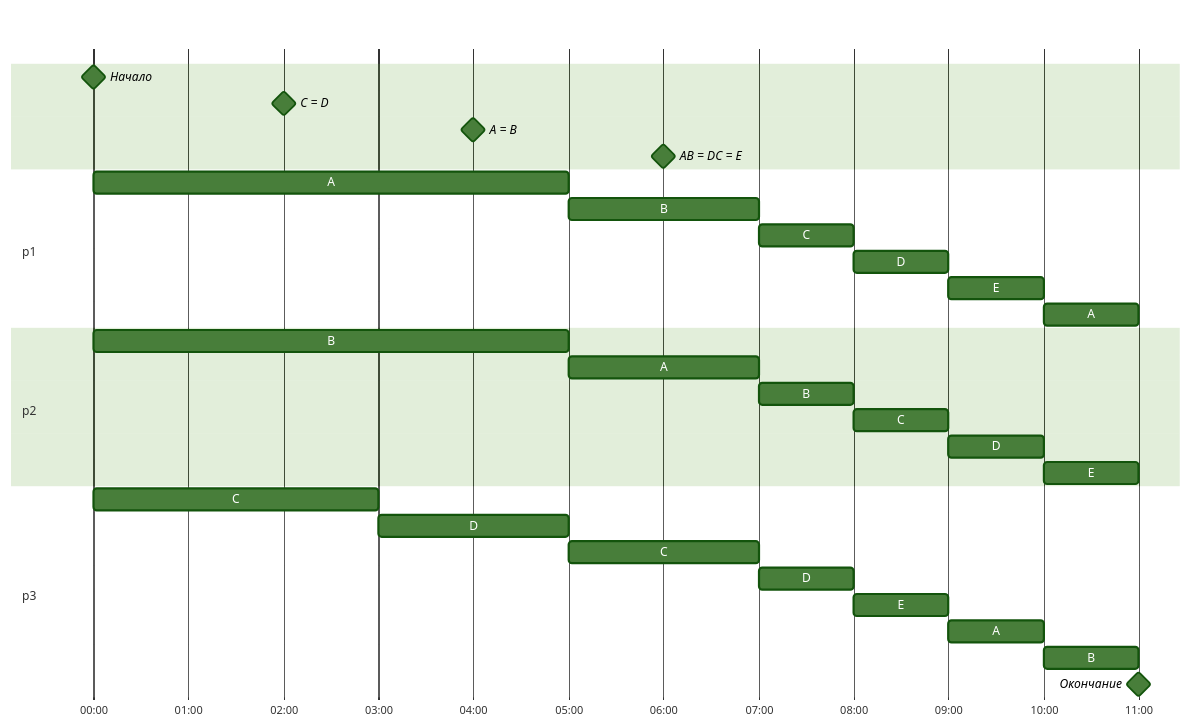
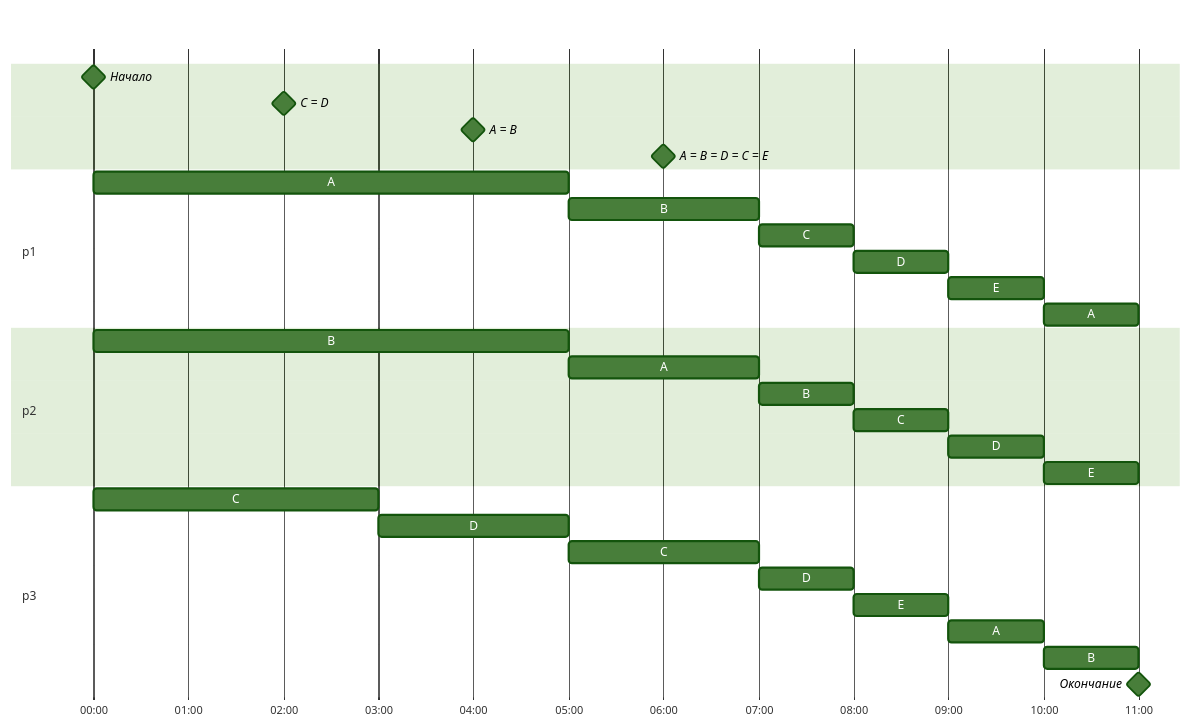
Before and after one commit to hse-algo-24-raven/manual-tasks-raven: the diagram in task-6/kotyata.md, drawn with Mermaid (forest theme). The commit also changed other lines of this file, not shown here.

````diff
--- a/task-6/kotyata.md
+++ b/task-6/kotyata.md
@@ -109,32 +109,32 @@
 ```mermaid
 gantt
     dateFormat DD HH:mm    
     axisFormat %H:%M
     Начало : milestone, m1, 01 00:00, 0h
     C = D : milestone, m2, 01 02:00, 0h
     A = B : milestone, m3, 01 04:00, 0h
-    AB = DC = E : milestone, m4, 01 06:00, 0h
+    A = B = D = C = E : milestone, m4, 01 06:00, 0h
     section  p1
     A         :a1, 01 00:00, 5h
     B         :a2, after a1, 2h
     C         :a3, after a2, 1h
     D         :a4, after a3, 1h
     E         :a5, after a4, 1h
     A         :a6, after a5, 1h
     section  p2
     B         :b1, 01 00:00, 5h
     A         :b2, after b1, 2h
     B         :b3, after b2, 1h
     C         :b4, after b3, 1h
     D         :b5, after b4, 1h
     E         :b6, after b5, 1h
     section  p3
     C         :c1, 01 00:00, 3h
     D         :c2, after c1, 2h
     C         :c3, after c2, 2h
     D         :c4, after c3, 1h
     E         :c5, after c4, 1h
     A         :c6, after c5, 1h
     B         :c7, after c6, 1h
     Окончание : milestone, m5, 01 11:00, 0h
 ```
````
